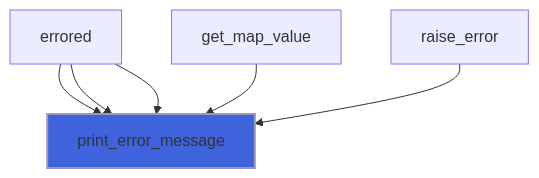
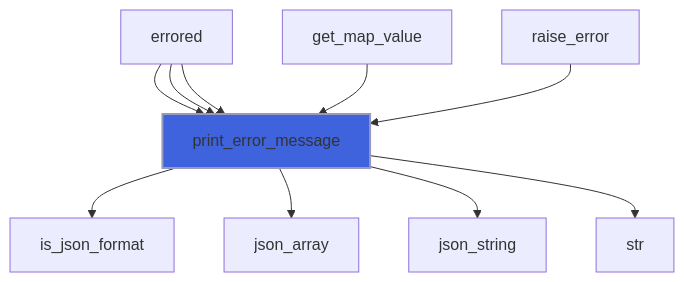
One commit to szaghi/FLAP changed the fifth of 12 diagrams in docs/api/src/lib/flap_object_t.md. Above: the diagram before and after it, drawn with Mermaid. The commit also changed other lines of this file and 22 other files, not shown here.

````diff
--- a/docs/api/src/lib/flap_object_t.md
+++ b/docs/api/src/lib/flap_object_t.md
@@ -155,9 +162,13 @@
 ```mermaid
 flowchart TD
   errored["errored"] --> print_error_message["print_error_message"]
   errored["errored"] --> print_error_message["print_error_message"]
   errored["errored"] --> print_error_message["print_error_message"]
   get_map_value["get_map_value"] --> print_error_message["print_error_message"]
   raise_error["raise_error"] --> print_error_message["print_error_message"]
+  print_error_message["print_error_message"] --> is_json_format["is_json_format"]
+  print_error_message["print_error_message"] --> json_array["json_array"]
+  print_error_message["print_error_message"] --> json_string["json_string"]
+  print_error_message["print_error_message"] --> str["str"]
   style print_error_message fill:#3e63dd,stroke:#99b,stroke-width:2px
 ```
````
